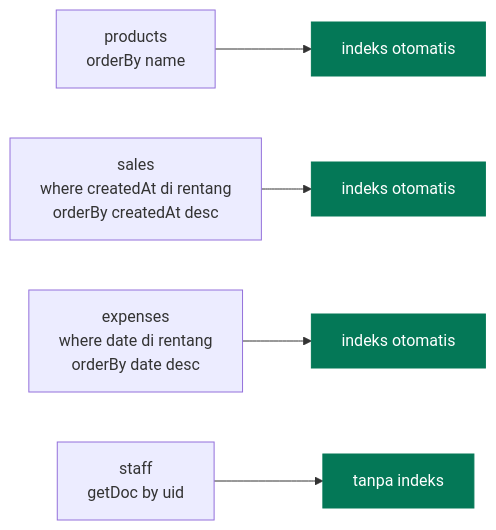
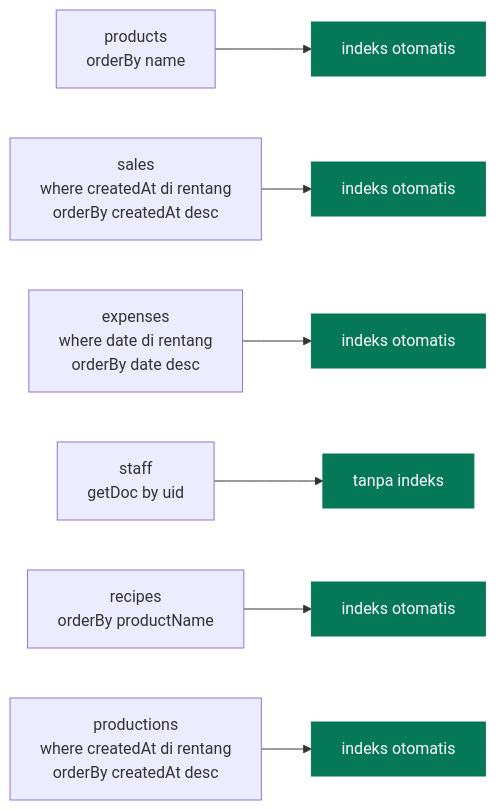
One commit to nadhimc/simple-pos-kkn-agung changed the third of 3 diagrams in docs/model-data.md. Above: the diagram before and after it, drawn with Mermaid. The commit also changed other lines of this file and 6 other files, not shown here.

````diff
--- a/docs/model-data.md
+++ b/docs/model-data.md
@@ -225,10 +261,12 @@
 ```mermaid
 flowchart LR
   Q1["products<br/>orderBy name"] --> I1["indeks otomatis"]
   Q2["sales<br/>where createdAt di rentang<br/>orderBy createdAt desc"] --> I2["indeks otomatis"]
   Q3["expenses<br/>where date di rentang<br/>orderBy date desc"] --> I3["indeks otomatis"]
   Q4["staff<br/>getDoc by uid"] --> I4["tanpa indeks"]
+  Q5["recipes<br/>orderBy productName"] --> I5["indeks otomatis"]
+  Q6["productions<br/>where createdAt di rentang<br/>orderBy createdAt desc"] --> I6["indeks otomatis"]
 
   classDef ok fill:#047857,stroke:#047857,color:#ffffff
-  class I1,I2,I3,I4 ok
+  class I1,I2,I3,I4,I5,I6 ok
 ```
````
